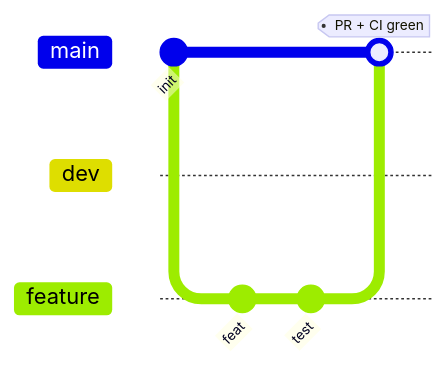
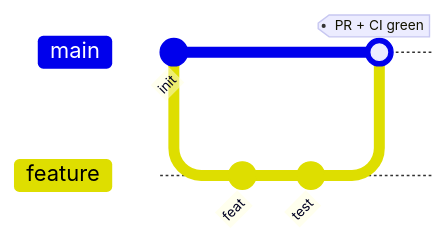
Before and after one commit to itouhi/claude-fullstack-starter: the first of 6 diagrams in docs/development-process.en.md, drawn with Mermaid. The commit also changed other lines of this file and 9 other files, not shown here.

First line of the commit message:
docs: remove dev branch references, adopt trunk-based (#15)

````diff
--- a/docs/development-process.en.md
+++ b/docs/development-process.en.md
@@ -17,10 +16,9 @@
 ```mermaid
 gitGraph
     commit id: "init"
-    branch dev
     branch feature
     commit id: "feat"
     commit id: "test"
     checkout main
     merge feature tag: "PR + CI green"
 ```
````
